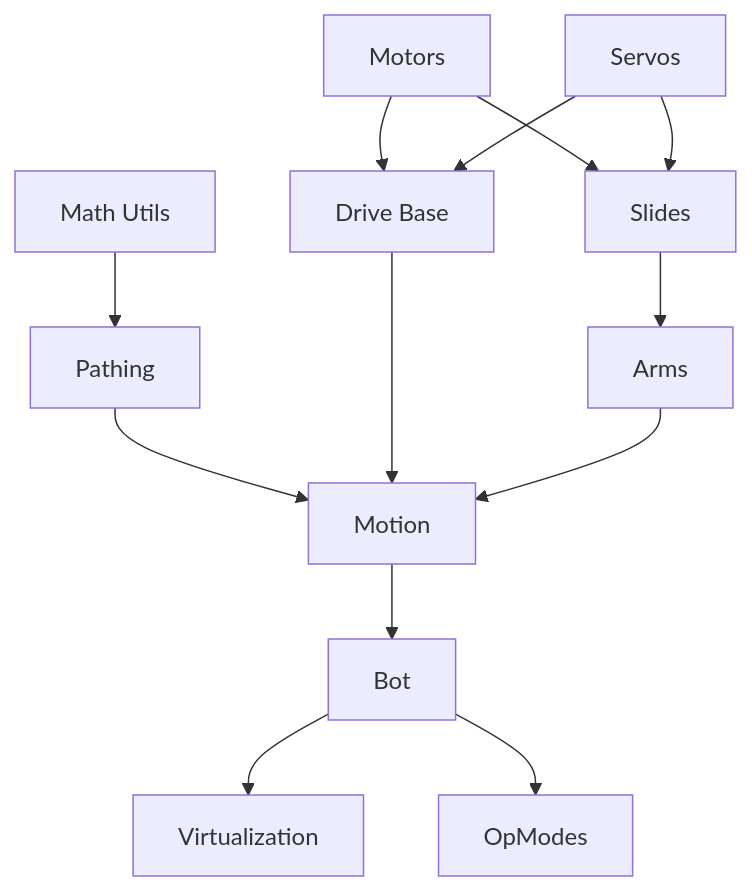
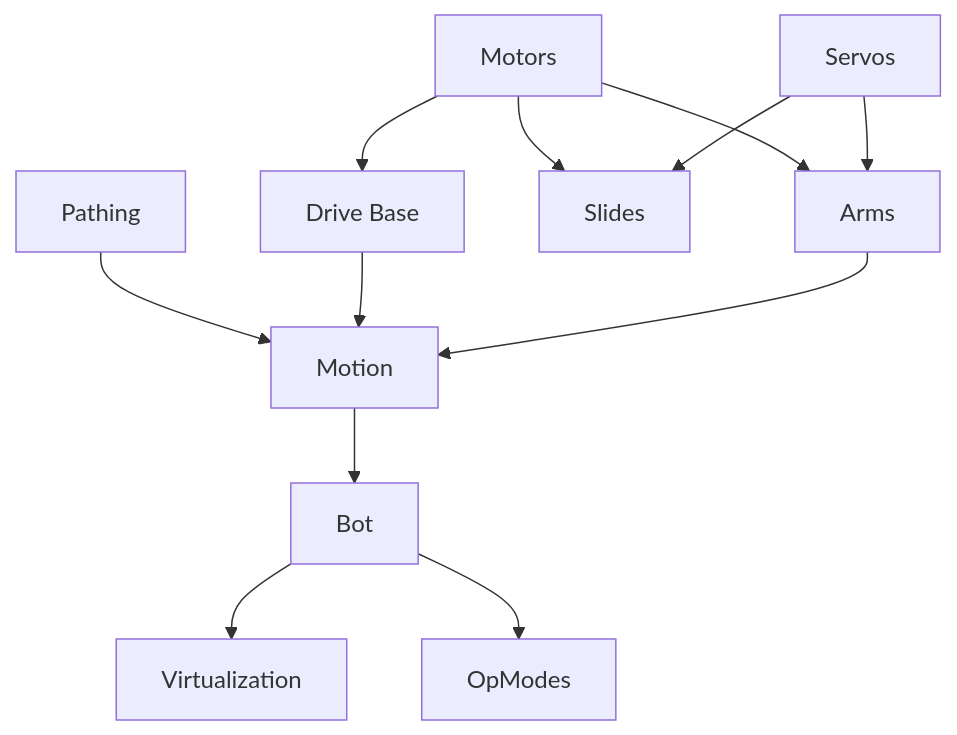
One commit to MGross21/kurcive changed the diagram in README.md. Above: the diagram before and after it, drawn with Mermaid. The commit also changed other lines of this file, not shown here.

````diff
--- a/README.md
+++ b/README.md
@@ -9,32 +11,31 @@
 ```mermaid
 graph TD
-    MathUtils[Math Utils]
     Motors[Motors]
     Servos[Servos]
 
     Pathing[Pathing]
     Base[Drive Base]
     Slides[Slides]
 
     Arms[Arms]
     Motion[Motion]
     Bot[Bot]
     Virtualization[Virtualization]
     OpModes[OpModes]
 
-    MathUtils --> Pathing
     Pathing --> Motion
 
     Motors --> Base
     Motors --> Slides
-    Servos --> Base
+    Motors --> Arms
+
     Servos --> Slides
+    Servos --> Arms
 
     Base --> Motion
-    Slides --> Arms
     Arms --> Motion
 
     Motion --> Bot
     Bot --> Virtualization
     Bot --> OpModes
 ```
````
